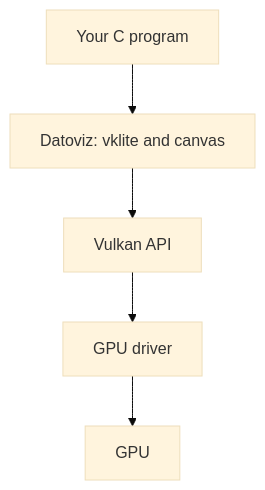
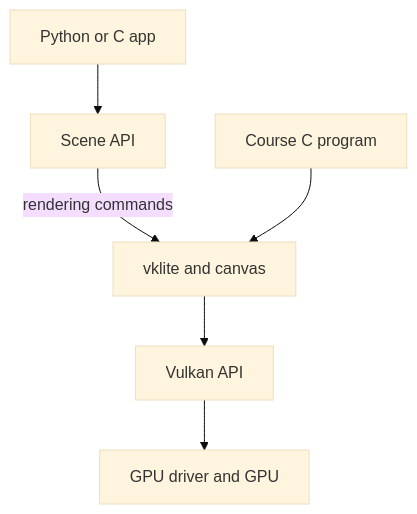
Before and after one commit to datoviz/datoviz: the diagram in docs/gpu-graphics/index.md, drawn with Mermaid (base theme). The commit also changed other lines of this file and 3 other files, not shown here.

Commit message:
Explain the course audience and Datoviz rendering layers

````diff
--- a/docs/gpu-graphics/index.md
+++ b/docs/gpu-graphics/index.md
@@ -28,9 +17,10 @@
 ```mermaid
 flowchart TD
-    accTitle: Layers between your code and the GPU
-    accDescr: Your C program calls Datoviz's vklite and canvas, which call the Vulkan API, which the GPU driver implements for the GPU.
-    A[Your C program] --> B[Datoviz: vklite and canvas]
-    B --> C[Vulkan API]
-    C --> D[GPU driver]
-    D --> E[GPU]
+    accTitle: Two routes to the same native foundation
+    accDescr: A Python or C application uses the Scene API, which turns scenes into rendering commands for vklite and the canvas. The course's C program calls vklite and the canvas directly. vklite and the canvas call the Vulkan API, which the GPU driver implements for the GPU.
+    A["Python or C app"] --> S[Scene API]
+    S -->|rendering commands| F
+    C["Course C program"] --> F["vklite and canvas"]
+    F --> V[Vulkan API]
+    V --> D[GPU driver and GPU]
 ```
````
